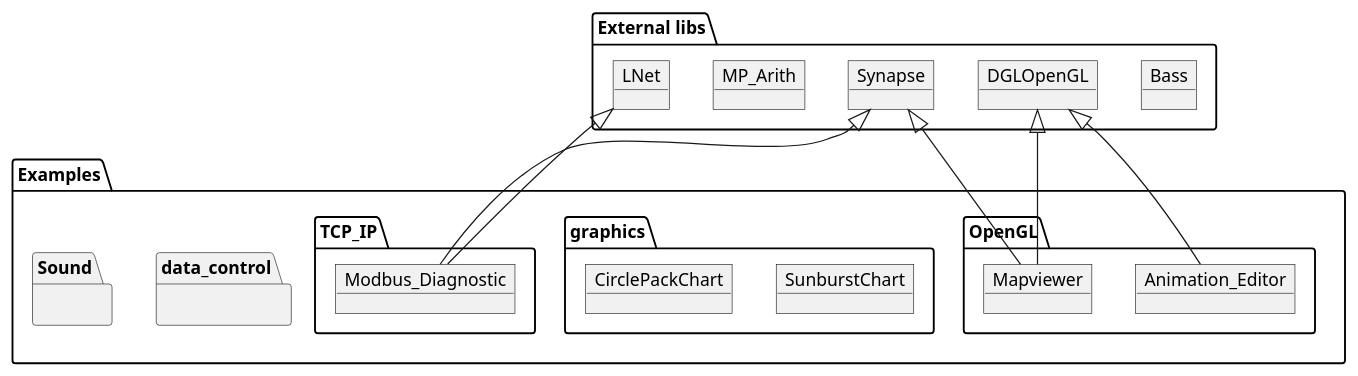
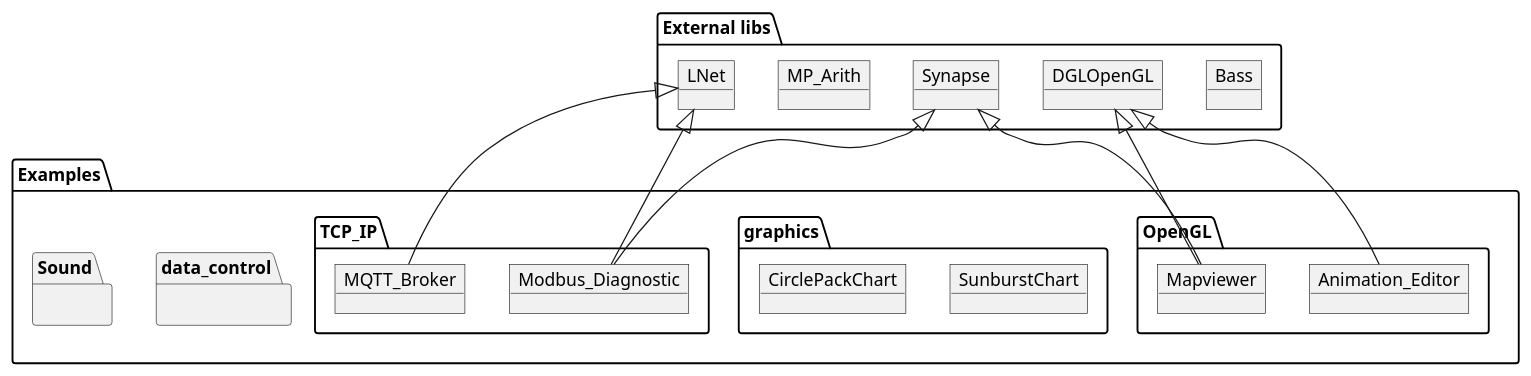
One commit to PascalCorpsman/Examples changed the diagram in overview.plantuml. Above: the diagram before and after it, drawn with PlantUML. The commit also changed 2 other files, not shown here.

Commit message:
add MQTT Broker demo

```diff
--- a/overview.plantuml
+++ b/overview.plantuml
@@ -2,35 +2,37 @@
 @startuml
 
 package "Examples" {
   package "OpenGL" {
    object Mapviewer
    object Animation_Editor
   }
   package "data_control" {
   }
   package "graphics" {
    object SunburstChart
    object CirclePackChart
   }
   package "TCP_IP" {
+   object MQTT_Broker
    object Modbus_Diagnostic
   }
   package "Sound" {
    
   }
 }
 
 package "External libs" {
 object Bass
 object DGLOpenGL
 object LNet 
 object MP_Arith
 object Synapse
 Synapse <|-- Mapviewer 
 DGLOpenGL <|-- Mapviewer 
 DGLOpenGL <|-- Animation_Editor 
 Synapse <|-- Modbus_Diagnostic
 LNet <|-- Modbus_Diagnostic
+LNet <|-- MQTT_Broker
 }
 
 @enduml
```
